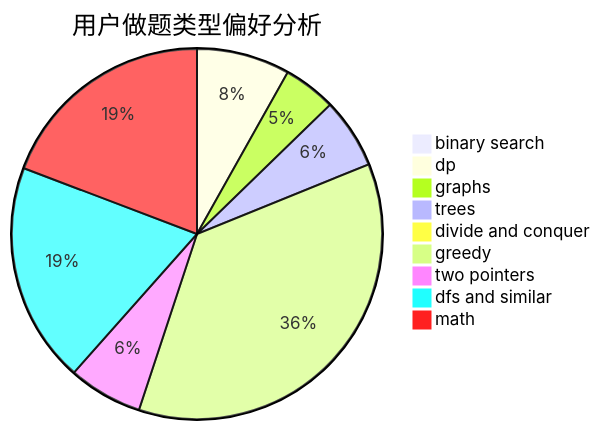
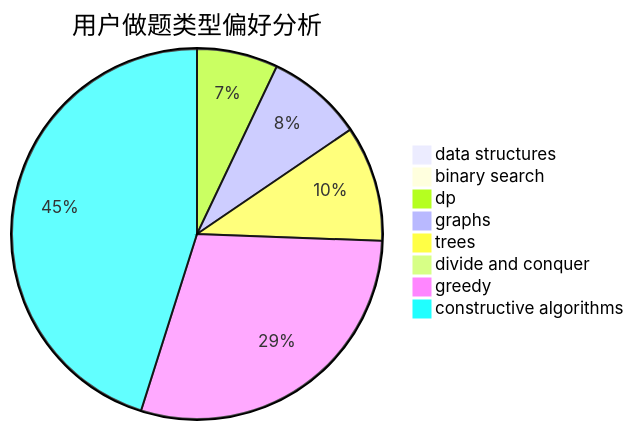
The second of 3 diagrams in docs/user/u1786.md (sherpahu/cfrs.github.io), drawn with Mermaid before and after one commit. The commit also changed other lines of this file and 2775 other files, not shown here.

````diff
--- a/docs/user/u1786.md
+++ b/docs/user/u1786.md
@@ -23,12 +23,11 @@
 ```mermaid
 pie title 用户做题类型偏好分析
-    "binary search" :  2
-    "dp" :  69
-    "graphs" :  39
-    "trees" :  52
-    "divide and conquer" :  8
-    "greedy" :  307
-    "two pointers" :  55
-    "dfs and similar" :  163
-    "math" :  163
+    "data structures" :  0
+    "binary search" :  0
+    "dp" :  21
+    "graphs" :  25
+    "trees" :  30
+    "divide and conquer" :  0
+    "greedy" :  87
+    "constructive algorithms" :  134
 ```
````
